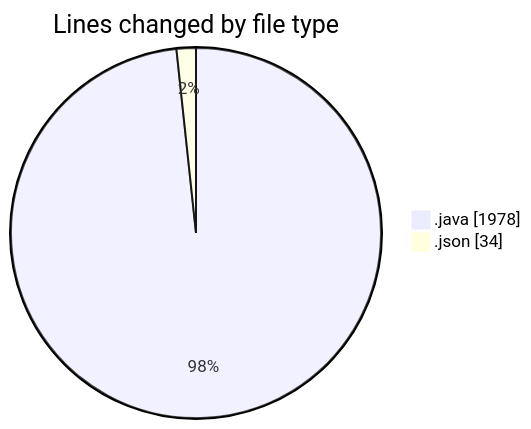
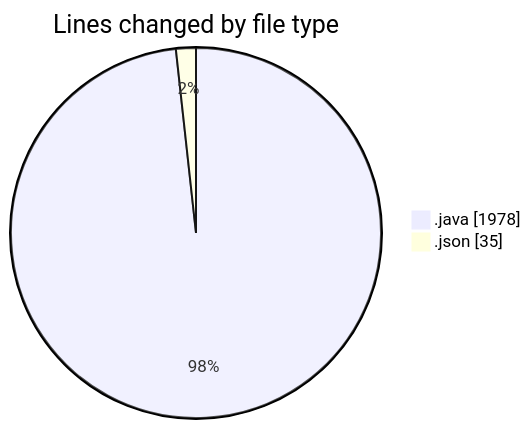
The first of 2 diagrams in 2026-04-23/cilapp/README.md (ricardozamudiocil/code-tracking), drawn with Mermaid before and after one commit. The commit also changed other lines of this file and 1 other file, not shown here.

````diff
--- a/2026-04-23/cilapp/README.md
+++ b/2026-04-23/cilapp/README.md
@@ -31,6 +31,6 @@
 ```mermaid
 pie showData
 title Lines changed by file type
 ".java" : 1978
-".json" : 34
+".json" : 35
 ```
````
